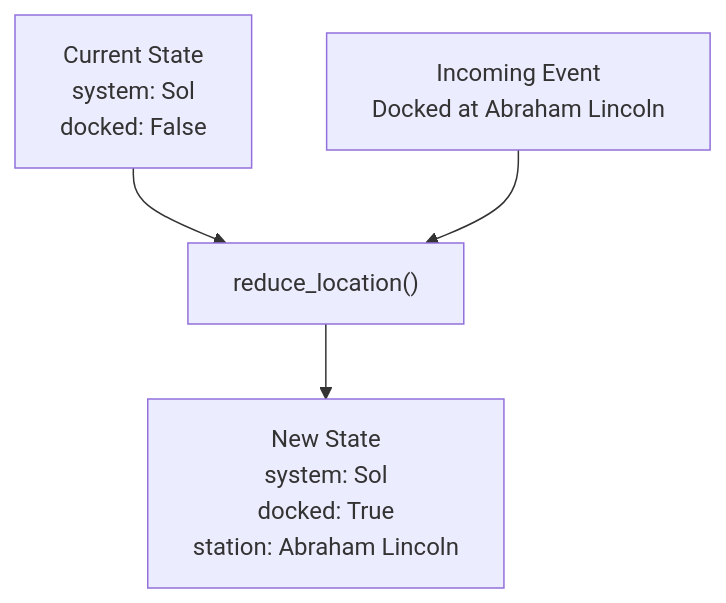
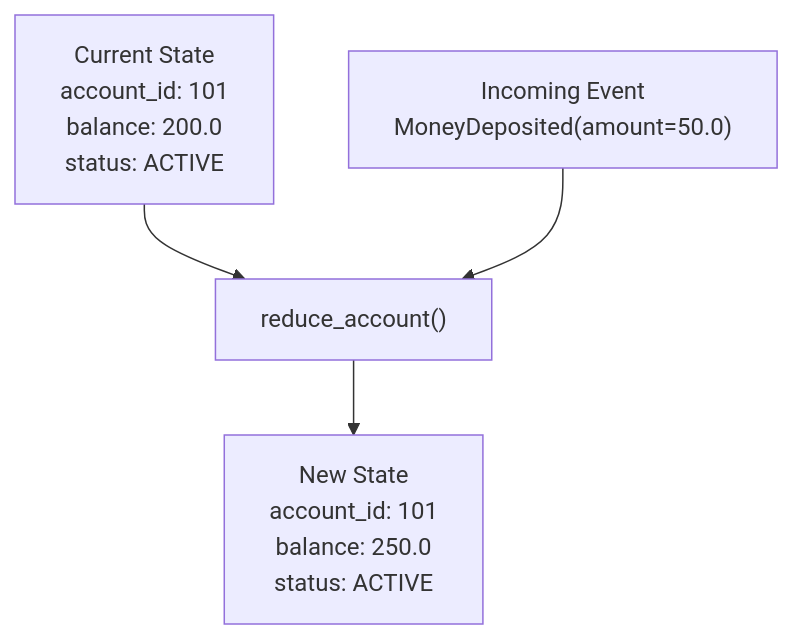
The third of 10 diagrams in architecture/notes/event_driven_telemetry_and_state_fundamentals.md (mnaatjes/ed-fleet-client), drawn with Mermaid before and after one commit. The commit also changed other lines of this file, not shown here.

Commit message:
docs(architecture): rewrite fundamentals primer with domain-agnostic examples

````diff
--- a/architecture/notes/event_driven_telemetry_and_state_fundamentals.md
+++ b/architecture/notes/event_driven_telemetry_and_state_fundamentals.md
@@ -71,6 +71,6 @@
 ```mermaid
 flowchart TD
-    Current["Current State<br/>system: Sol<br/>docked: False"] --> Reducer["reduce_location()"]
-    Event["Incoming Event<br/>Docked at Abraham Lincoln"] --> Reducer
-    Reducer --> NewState["New State<br/>system: Sol<br/>docked: True<br/>station: Abraham Lincoln"]
+    Current["Current State<br/>account_id: 101<br/>balance: 200.0<br/>status: ACTIVE"] --> Reducer["reduce_account()"]
+    Event["Incoming Event<br/>MoneyDeposited(amount=50.0)"] --> Reducer
+    Reducer --> NewState["New State<br/>account_id: 101<br/>balance: 250.0<br/>status: ACTIVE"]
 ```
````
